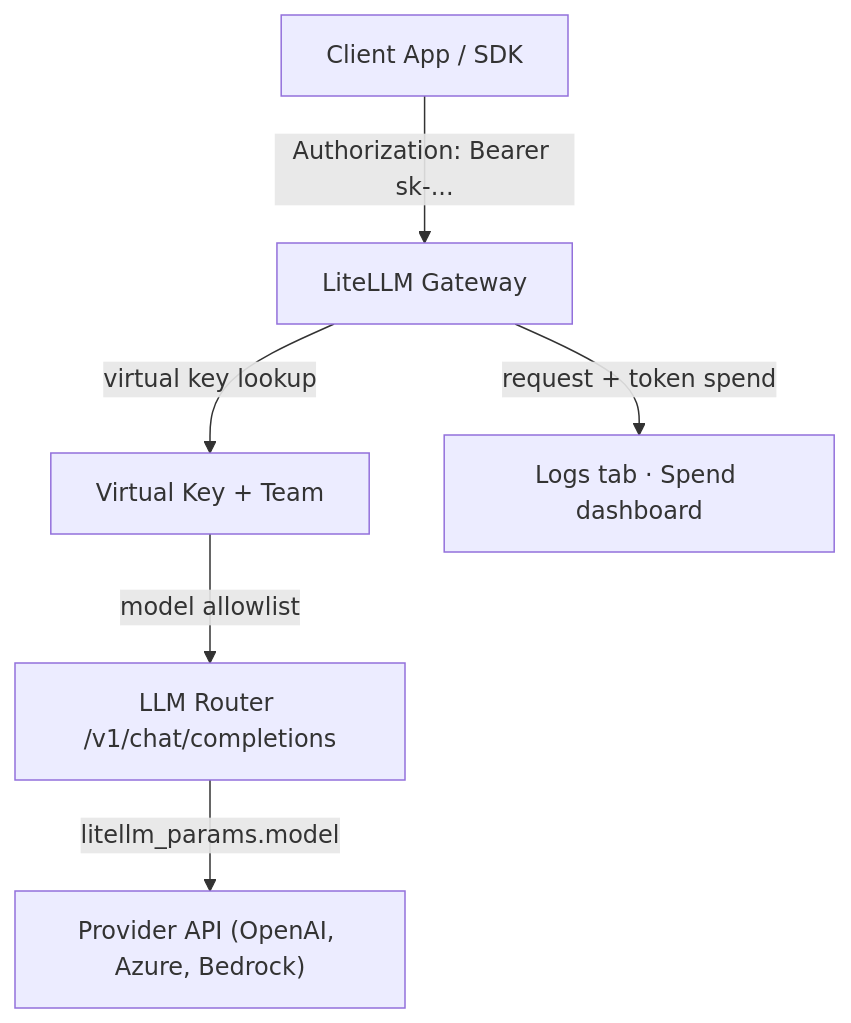
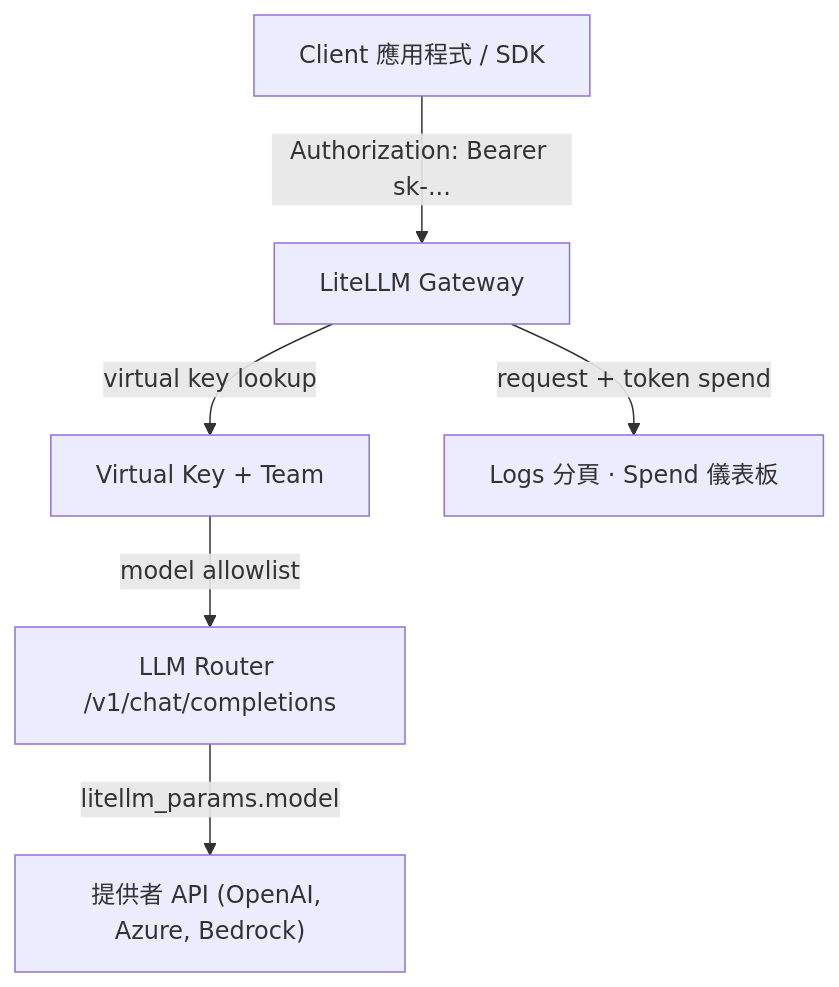
Before and after one commit to doggy8088/litellm-docs: the first of 4 diagrams in docs/learn/enterprise_quickstart.md, drawn with Mermaid. The commit also changed other lines of this file and 1957 other files, not shown here.

````diff
--- a/docs/learn/enterprise_quickstart.md
+++ b/docs/learn/enterprise_quickstart.md
@@ -309,9 +307,9 @@
 ```mermaid
 flowchart TD
-    APP["Client App / SDK"]
+    APP["Client 應用程式 / SDK"]
     APP -->|"Authorization: Bearer sk-..."| PROXY["LiteLLM Gateway"]
     PROXY -->|"virtual key lookup"| KEY["Virtual Key + Team"]
     KEY -->|"model allowlist"| ROUTE["LLM Router /v1/chat/completions"]
-    ROUTE -->|"litellm_params.model"| PROVIDER["Provider API (OpenAI, Azure, Bedrock)"]
-    PROXY -->|"request + token spend"| LOGS["Logs tab · Spend dashboard"]
+    ROUTE -->|"litellm_params.model"| PROVIDER["提供者 API (OpenAI, Azure, Bedrock)"]
+    PROXY -->|"request + token spend"| LOGS["Logs 分頁 · Spend 儀表板"]
 ```
````
